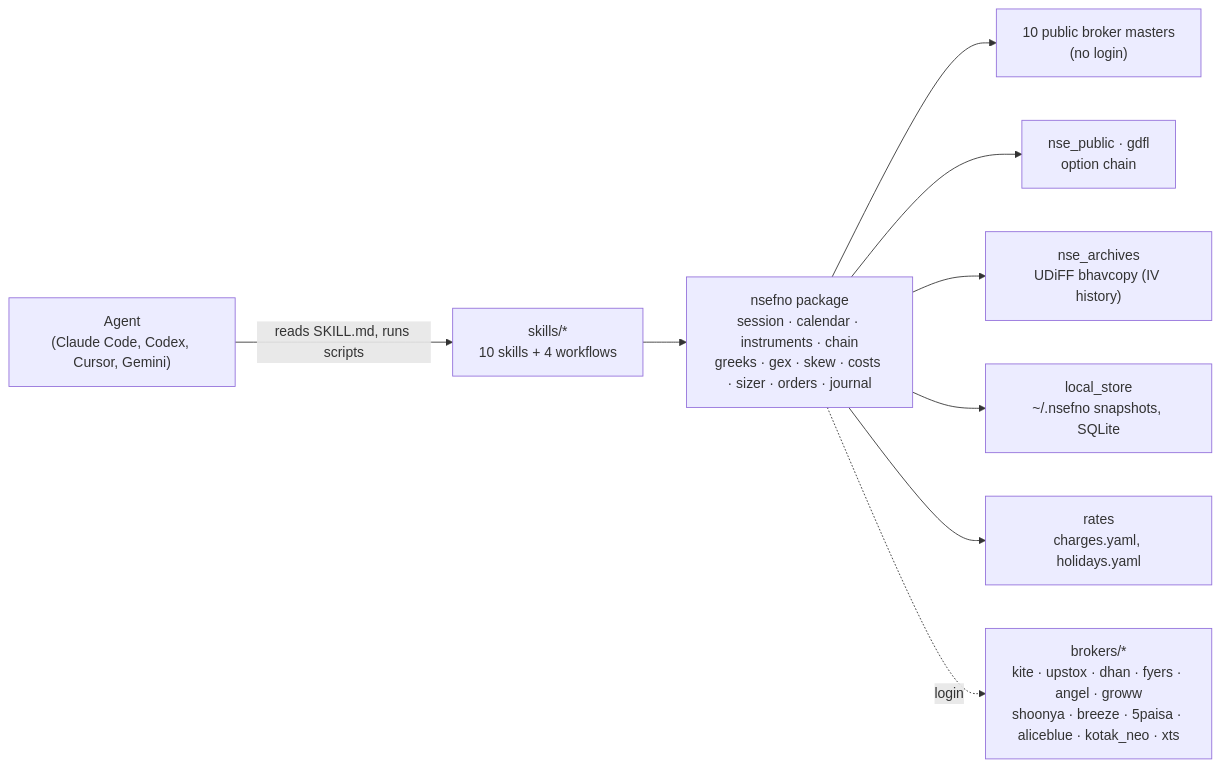
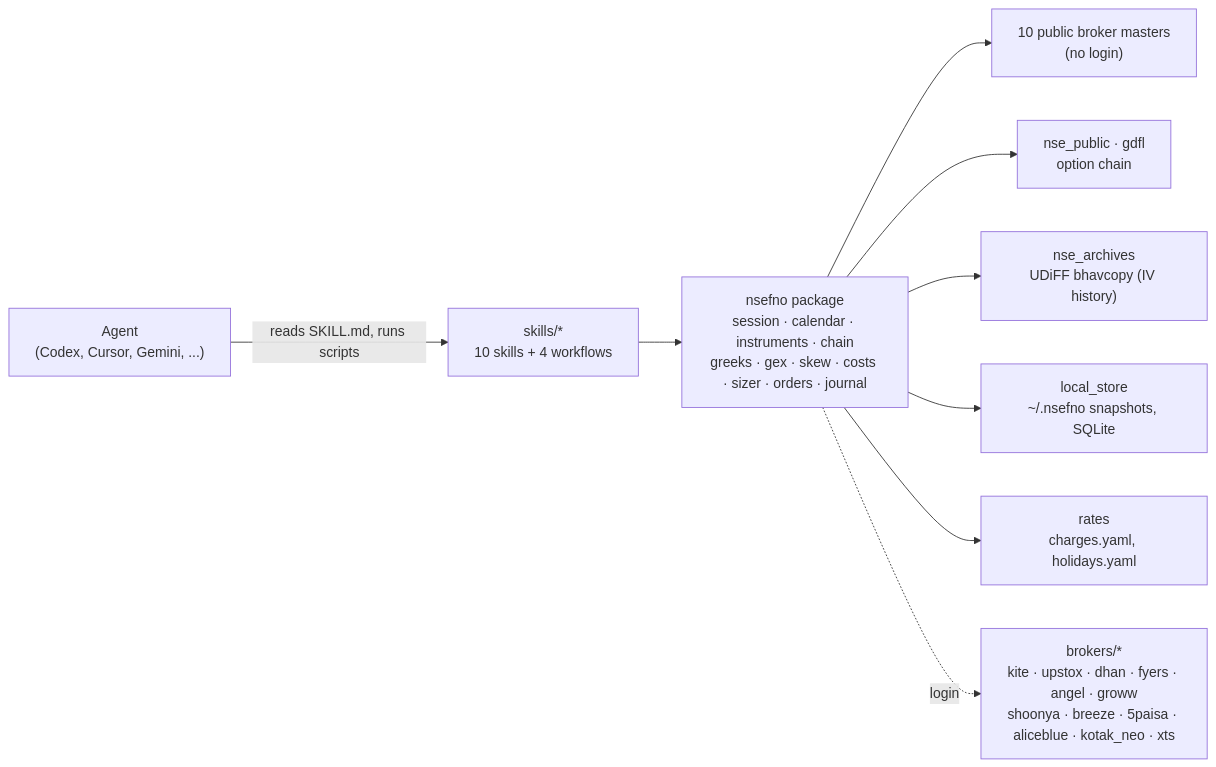
Before and after one commit to MEMEO-PRO/nse-fo-skills: the diagram in README.md, drawn with Mermaid. The commit also changed other lines of this file and 2 other files, not shown here.

Commit message:
Make docs agent-neutral

````diff
--- a/README.md
+++ b/README.md
@@ -173,11 +173,11 @@
 ```mermaid
 flowchart LR
-  A["Agent<br/>(Claude Code, Codex, Cursor, Gemini)"] -->|reads SKILL.md, runs scripts| S["skills/*<br/>10 skills + 4 workflows"]
+  A["Agent<br/>(Codex, Cursor, Gemini, ...)"] -->|reads SKILL.md, runs scripts| S["skills/*<br/>10 skills + 4 workflows"]
   S --> P["nsefno package<br/>session · calendar · instruments · chain<br/>greeks · gex · skew · costs · sizer · orders · journal"]
   P --> D1["10 public broker masters<br/>(no login)"]
   P --> D2["nse_public · gdfl<br/>option chain"]
   P --> D3["nse_archives<br/>UDiFF bhavcopy (IV history)"]
   P --> D4["local_store<br/>~/.nsefno snapshots, SQLite"]
   P --> D5["rates<br/>charges.yaml, holidays.yaml"]
   P -.login.-> B1["brokers/*<br/>kite · upstox · dhan · fyers · angel · groww<br/>shoonya · breeze · 5paisa · aliceblue · kotak_neo · xts"]
 ```
````
